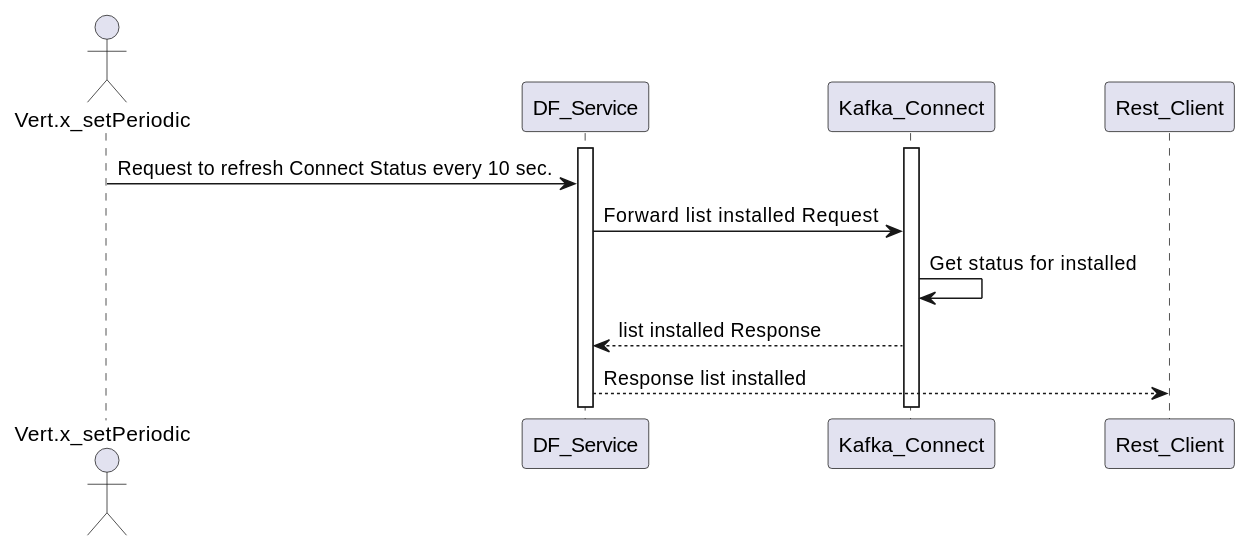
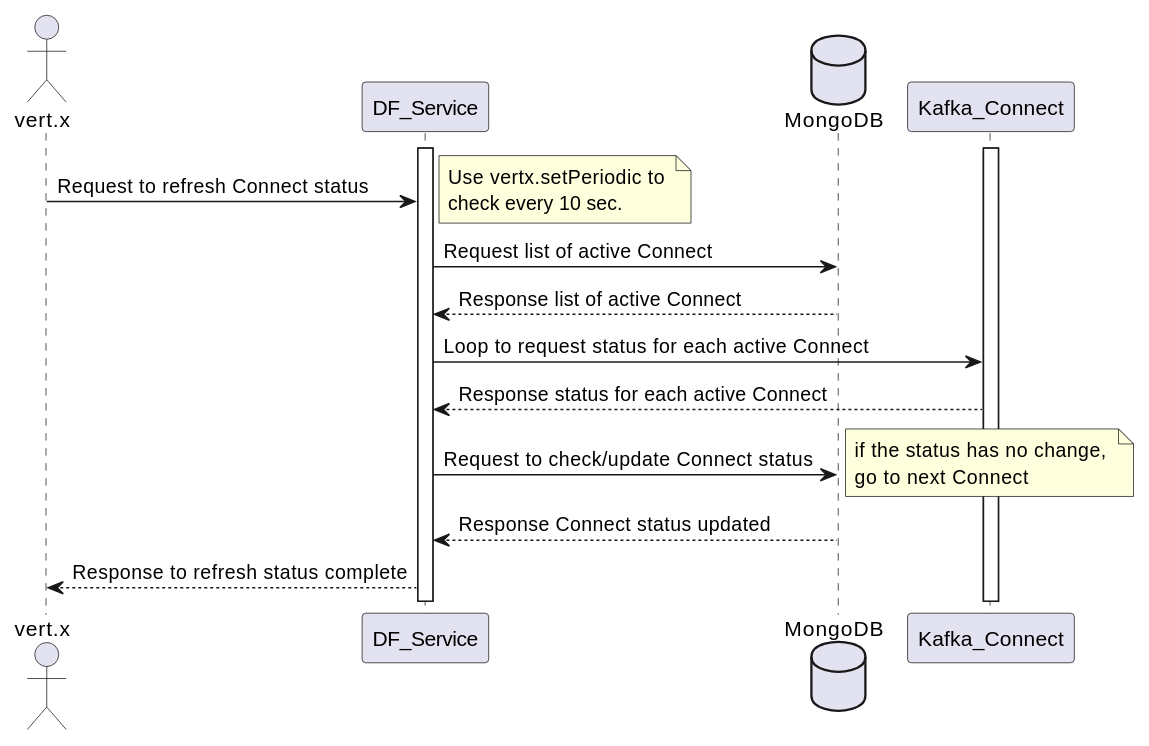
Before and after one commit to datafibers-community/df_complete_guide: the fifth of 5 diagrams in design_overview.md, drawn with PlantUML. The commit also changed other lines of this file, not shown here.

Commit message:
Updates design_overview.md
Auto commit by GitBook Editor

```diff
--- a/design_overview.md
+++ b/design_overview.md
@@ -98,16 +81,18 @@
 {% plantuml %}
-actor Vert.x_setPeriodic
+actor vert.x 
 
 activate DF_Service
+database MongoDB
 activate Kafka_Connect
 
-Vert.x_setPeriodic -> DF_Service : Request to refresh Connect Status every 10 sec.
-
-DF_Service -> Kafka_Connect : Forward list installed  Request
-
-Kafka_Connect -> Kafka_Connect : Get status for installed 
-
-DF_Service <-- Kafka_Connect: list installed Response
-
-Rest_Client <-- DF_Service : Response list installed 
+vert.x -> DF_Service : Request to refresh Connect status
+note right: Use vertx.setPeriodic to \ncheck every 10 sec.
+DF_Service -> MongoDB : Request list of active Connect
+DF_Service <-- MongoDB : Response list of active Connect
+DF_Service -> Kafka_Connect: Loop to request status for each active Connect
+Kafka_Connect --> DF_Service : Response status for each active Connect
+MongoDB <- DF_Service : Request to check/update Connect status
+note right: if the status has no change, \ngo to next Connect
+MongoDB --> DF_Service : Response Connect status updated
+vert.x <-- DF_Service : Response to refresh status complete
 {% endplantuml %}
```
